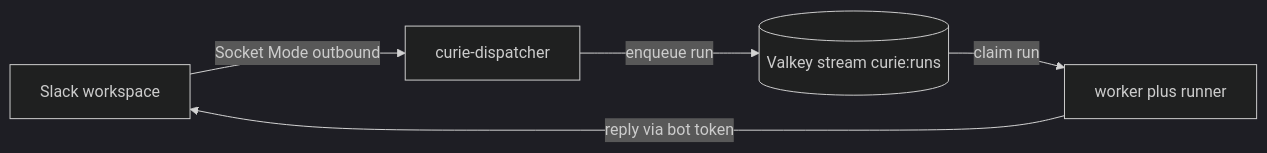
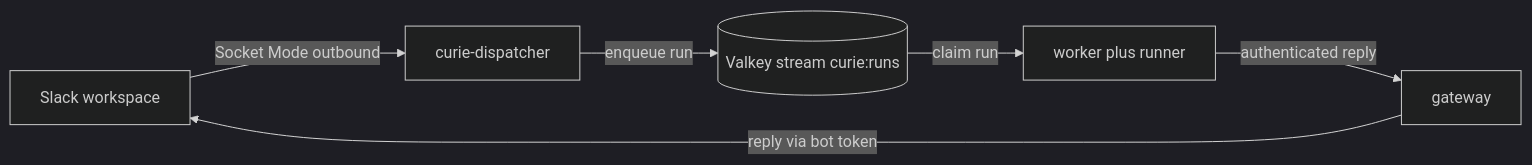
One commit to curie-eng/curie changed the diagram in docs/slack-local-runbook.md. Above: the diagram before and after it, drawn with Mermaid (dark theme). The commit also changed other lines of this file and 101 other files, not shown here.

Commit message:
refactor(gateway): isolate provider reads and token custody

````diff
--- a/docs/slack-local-runbook.md
+++ b/docs/slack-local-runbook.md
@@ -17,12 +17,13 @@
 ```mermaid
 flowchart LR
   slack[Slack workspace]
   dispatcher[curie-dispatcher]
   valkey[(Valkey stream curie:runs)]
   worker[worker plus runner]
 
   slack -->|Socket Mode outbound| dispatcher
   dispatcher -->|enqueue run| valkey
   valkey -->|claim run| worker
-  worker -->|reply via bot token| slack
+  worker -->|authenticated reply| gateway
+  gateway -->|reply via bot token| slack
 ```
````
